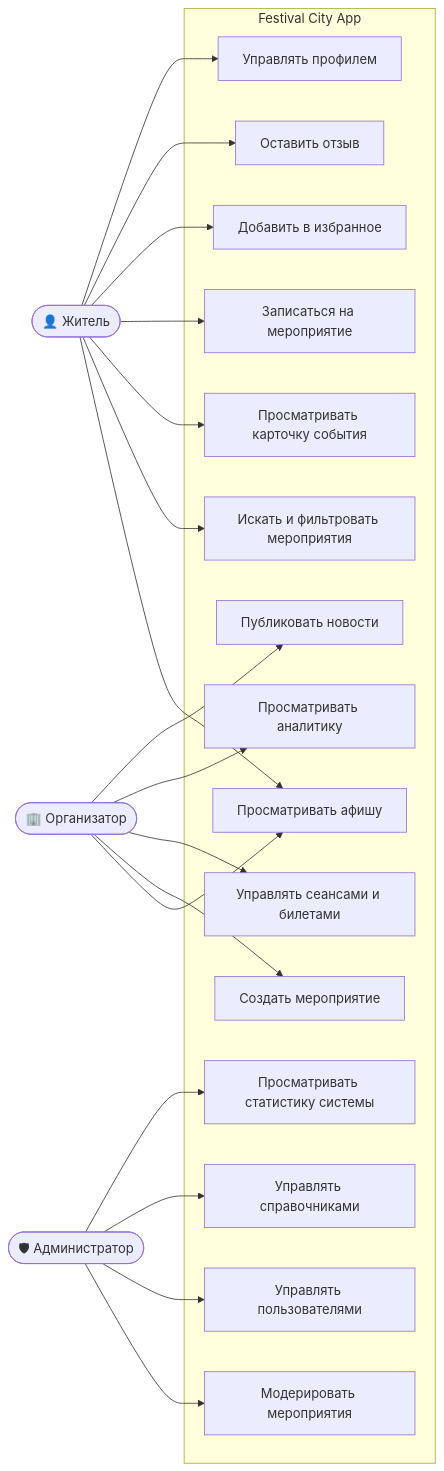
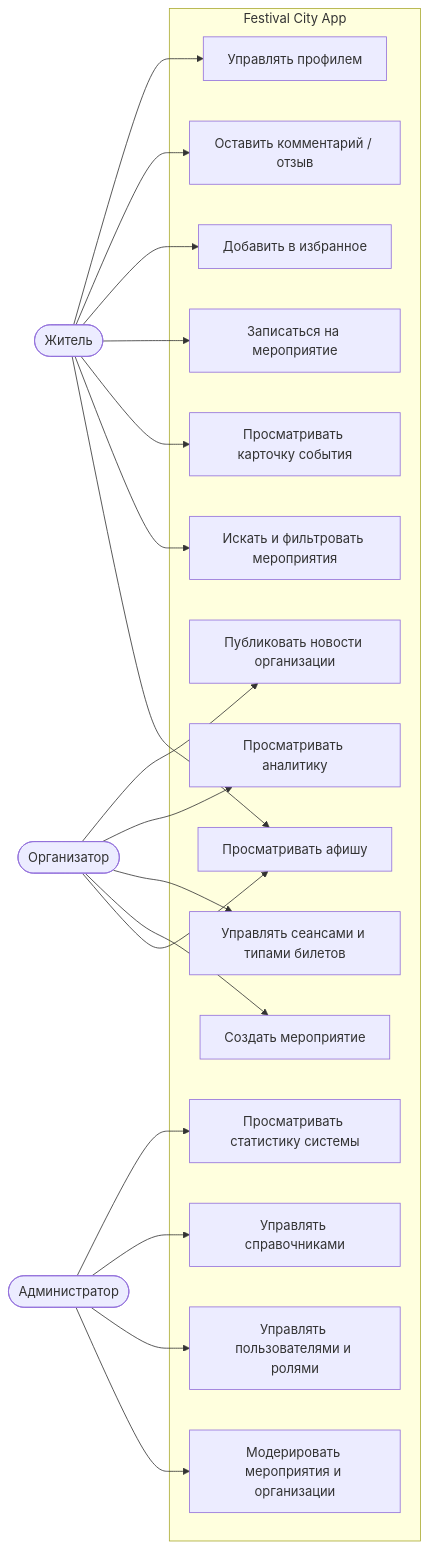
Before and after one commit to akarui-shi/festival-app: the ninth of 13 diagrams in diplom/diplom.md, drawn with Mermaid. The commit also changed other lines of this file, not shown here.

````diff
--- a/diplom/diplom.md
+++ b/diplom/diplom.md
@@ -1591,43 +1596,43 @@
 ```mermaid
 graph LR
-subgraph Система["Festival City App"]
-UC1["Просматривать афишу"]
-UC2["Искать и фильтровать мероприятия"]
-UC3["Просматривать карточку события"]
-UC4["Записаться на мероприятие"]
-UC5["Добавить в избранное"]
-UC6["Оставить отзыв"]
-UC7["Управлять профилем"]
-UC8["Создать мероприятие"]
-UC9["Управлять сеансами и билетами"]
-UC10["Просматривать аналитику"]
-UC11["Публиковать новости"]
-UC12["Модерировать мероприятия"]
-UC13["Управлять пользователями"]
-UC14["Управлять справочниками"]
-UC15["Просматривать статистику системы"]
-end
+  subgraph Система["Festival City App"]
+    UC1["Просматривать афишу"]
+    UC2["Искать и фильтровать мероприятия"]
+    UC3["Просматривать карточку события"]
+    UC4["Записаться на мероприятие"]
+    UC5["Добавить в избранное"]
+    UC6["Оставить комментарий / отзыв"]
+    UC7["Управлять профилем"]
+    UC8["Создать мероприятие"]
+    UC9["Управлять сеансами и типами билетов"]
+    UC10["Просматривать аналитику"]
+    UC11["Публиковать новости организации"]
+    UC12["Модерировать мероприятия и организации"]
+    UC13["Управлять пользователями и ролями"]
+    UC14["Управлять справочниками"]
+    UC15["Просматривать статистику системы"]
+  end
 
-    Житель(["👤 Житель"])
-    Организатор(["🏢 Организатор"])
-    Администратор(["🛡 Администратор"])
+  Житель(["Житель"])
+  Организатор(["Организатор"])
+  Администратор(["Администратор"])
 
-    Житель --> UC1
-    Житель --> UC2
-    Житель --> UC3
-    Житель --> UC4
-    Житель --> UC5
-    Житель --> UC6
-    Житель --> UC7
+  Житель --> UC1
+  Житель --> UC2
+  Житель --> UC3
+  Житель --> UC4
+  Житель --> UC5
+  Житель --> UC6
+  Житель --> UC7
 
-    Организатор --> UC1
-    Организатор --> UC8
-    Организатор --> UC9
-    Организатор --> UC10
-    Организатор --> UC11
+  Организатор --> UC1
+  Организатор --> UC8
+  Организатор --> UC9
+  Организатор --> UC10
+  Организатор --> UC11
 
-    Администратор --> UC12
-    Администратор --> UC13
-    Администратор --> UC14
-    Администратор --> UC15
-  ```
+  Администратор --> UC12
+  Администратор --> UC13
+  Администратор --> UC14
+  Администратор --> UC15
+```
````
